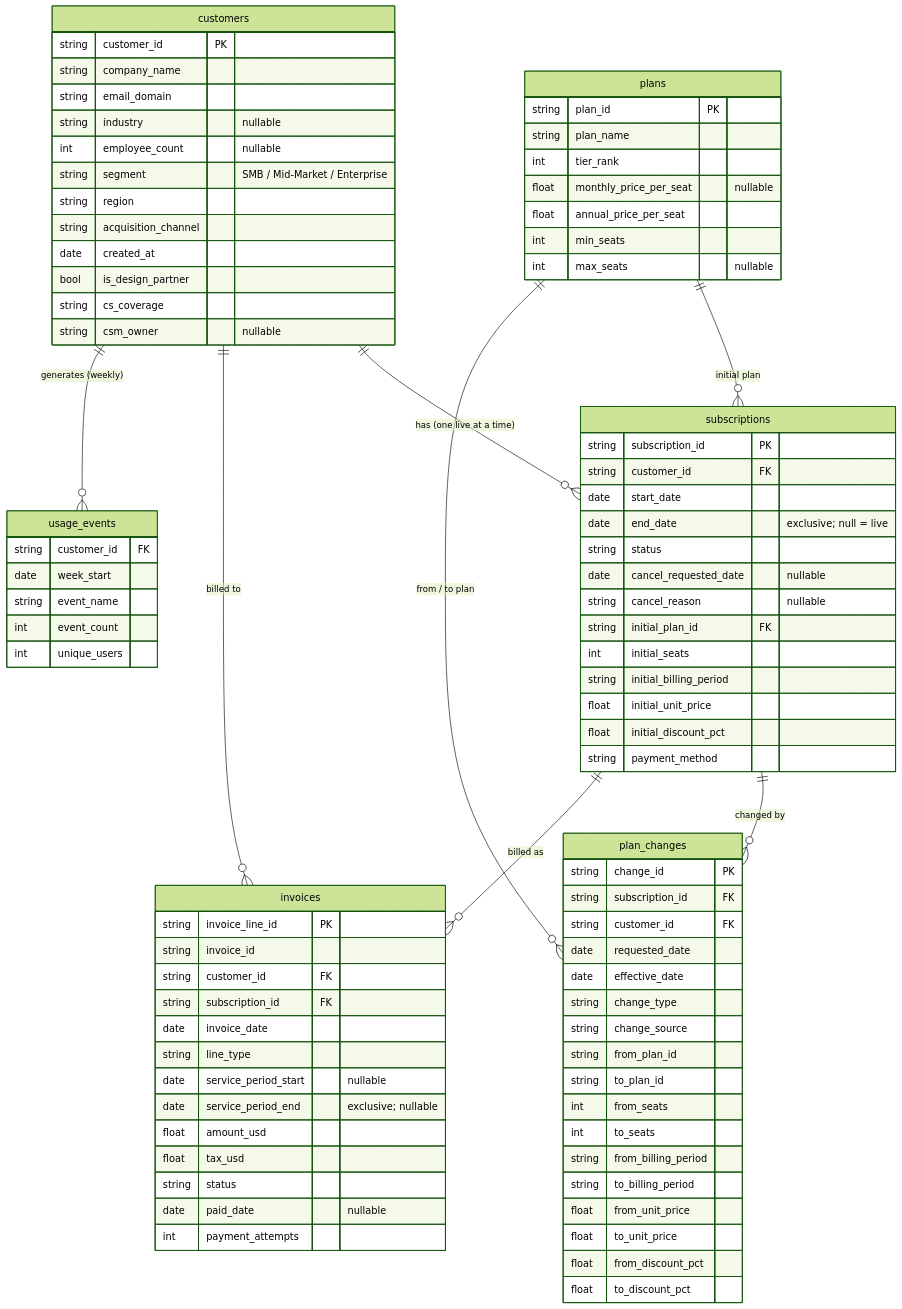
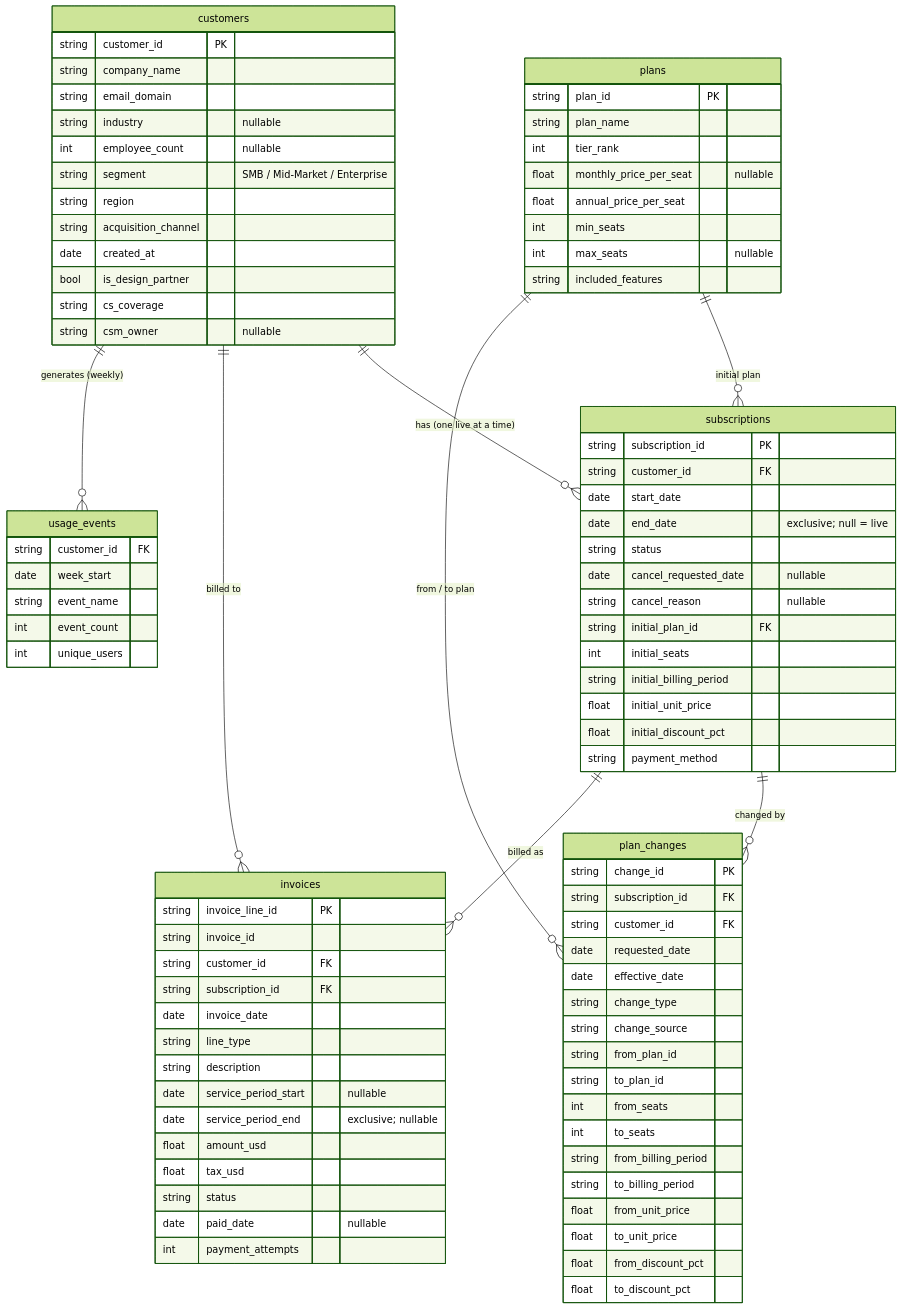
Before and after one commit to edwinzhang98/saas-subscription-revenue-analysis: the diagram in docs/data_model.md, drawn with Mermaid (forest theme). The commit also changed other lines of this file and 53 other files, not shown here.

```diff
--- a/docs/data_model.md
+++ b/docs/data_model.md
@@ -56,6 +59,7 @@
         float annual_price_per_seat
         int min_seats
         int max_seats "nullable"
+        string included_features
     }
     subscriptions {
         string subscription_id PK
@@ -98,6 +102,7 @@
         string subscription_id FK
         date invoice_date
         string line_type
+        string description
         date service_period_start "nullable"
         date service_period_end "exclusive; nullable"
         float amount_usd
```
